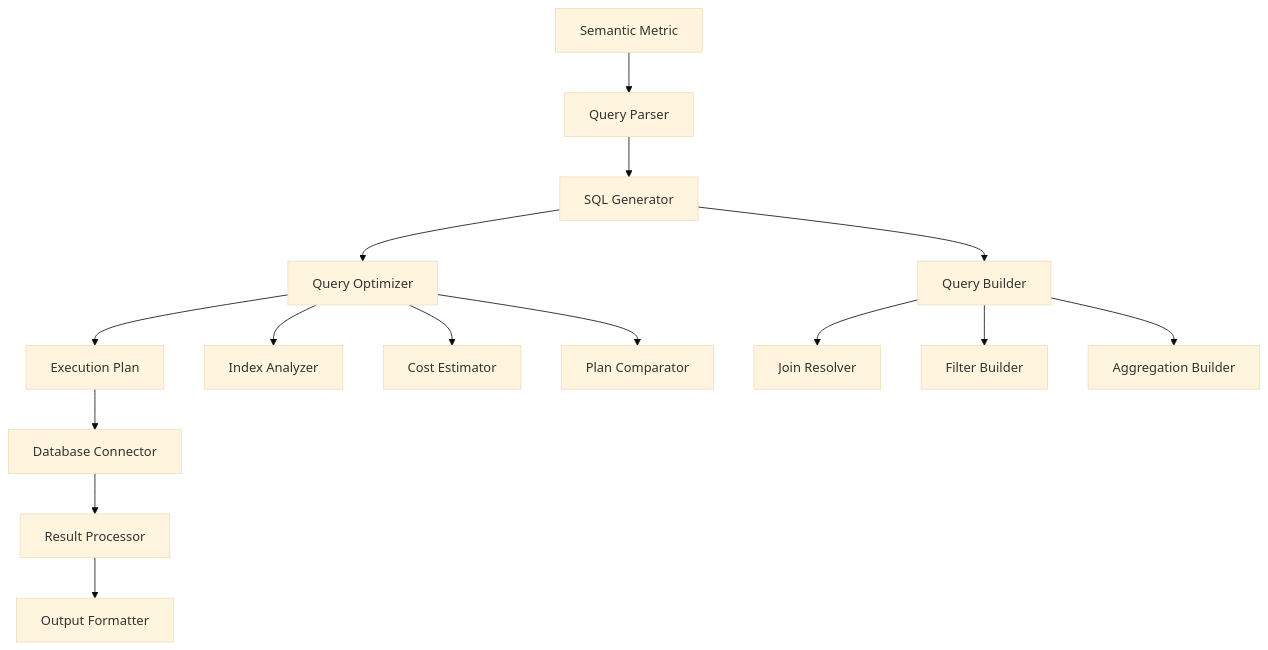
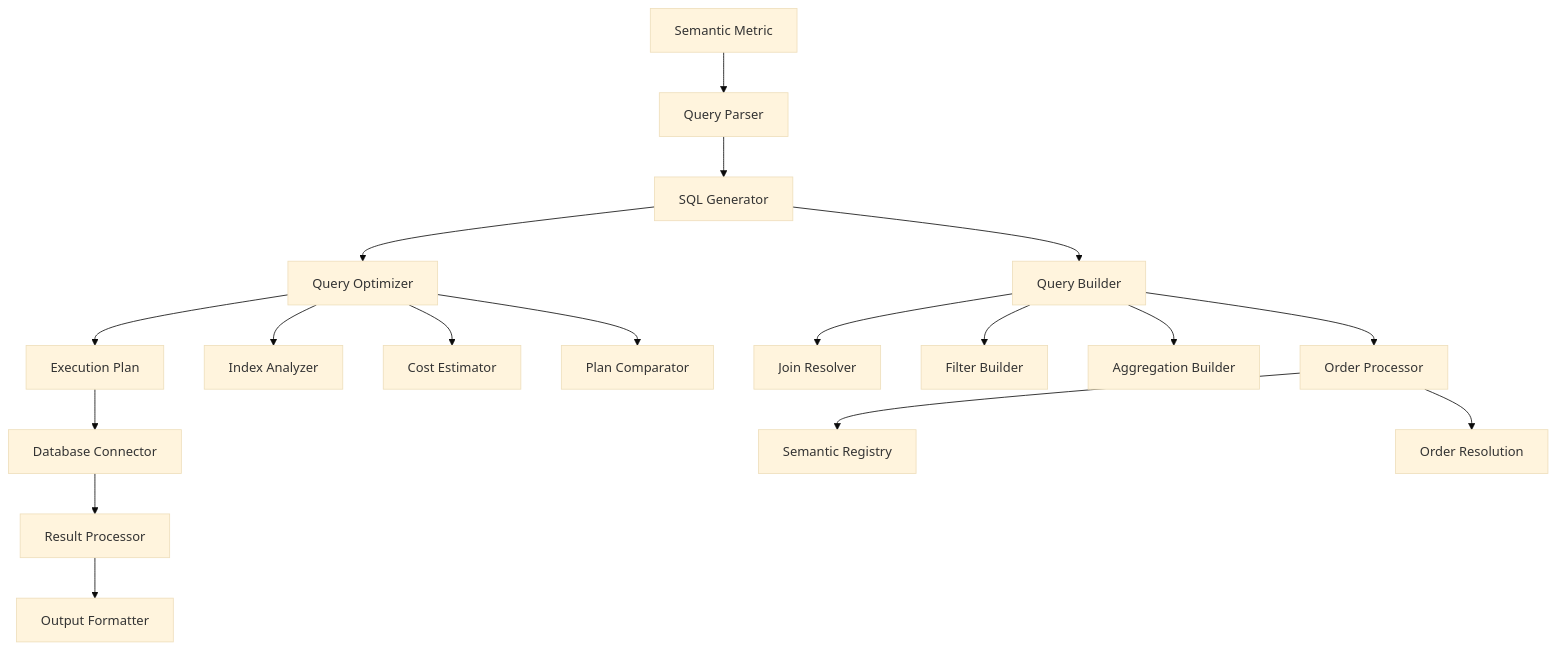
The first of 2 diagrams in content/2.architecture/3.query-engine.md (TelescopeAI/cortex-docs), drawn with Mermaid (base theme) before and after one commit. The commit also changed other lines of this file and 16 other files, not shown here.

Commit message:
feat: added docs for order sequences

````diff
--- a/content/2.architecture/3.query-engine.md
+++ b/content/2.architecture/3.query-engine.md
@@ -17,19 +17,23 @@
 ```mermaid
 graph TD
     A[Semantic Metric] --> B[Query Parser]
     B --> C[SQL Generator]
     C --> D[Query Optimizer]
     D --> E[Execution Plan]
     E --> F[Database Connector]
     F --> G[Result Processor]
     G --> H[Output Formatter]
 
     C --> I[Query Builder]
     I --> J[Join Resolver]
     I --> K[Filter Builder]
     I --> L[Aggregation Builder]
+    I --> M[Order Processor]
 
-    D --> M[Index Analyzer]
-    D --> N[Cost Estimator]
-    D --> O[Plan Comparator]
+    M --> N[Semantic Registry]
+    M --> O[Order Resolution]
+
+    D --> P[Index Analyzer]
+    D --> Q[Cost Estimator]
+    D --> R[Plan Comparator]
 ```
````
